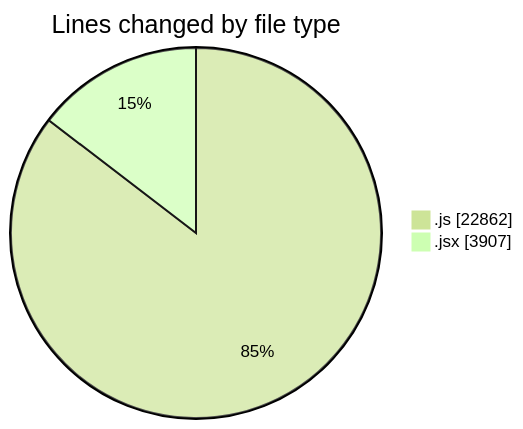
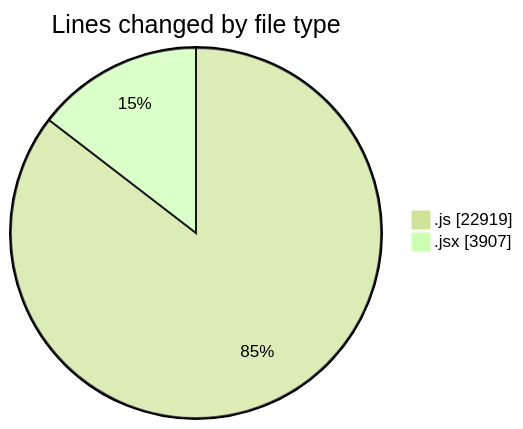
Before and after one commit to nxtqubesakshisongat/code-tracking: the first of 2 diagrams in 2025-09-30/nxtqube_webapp/README.md, drawn with Mermaid (forest theme). The commit also changed other lines of this file and 1 other file, not shown here.

````diff
--- a/2025-09-30/nxtqube_webapp/README.md
+++ b/2025-09-30/nxtqube_webapp/README.md
@@ -24,6 +24,6 @@
 ```mermaid
 pie showData
 title Lines changed by file type
-".js" : 22862
+".js" : 22919
 ".jsx" : 3907
 ```
````
